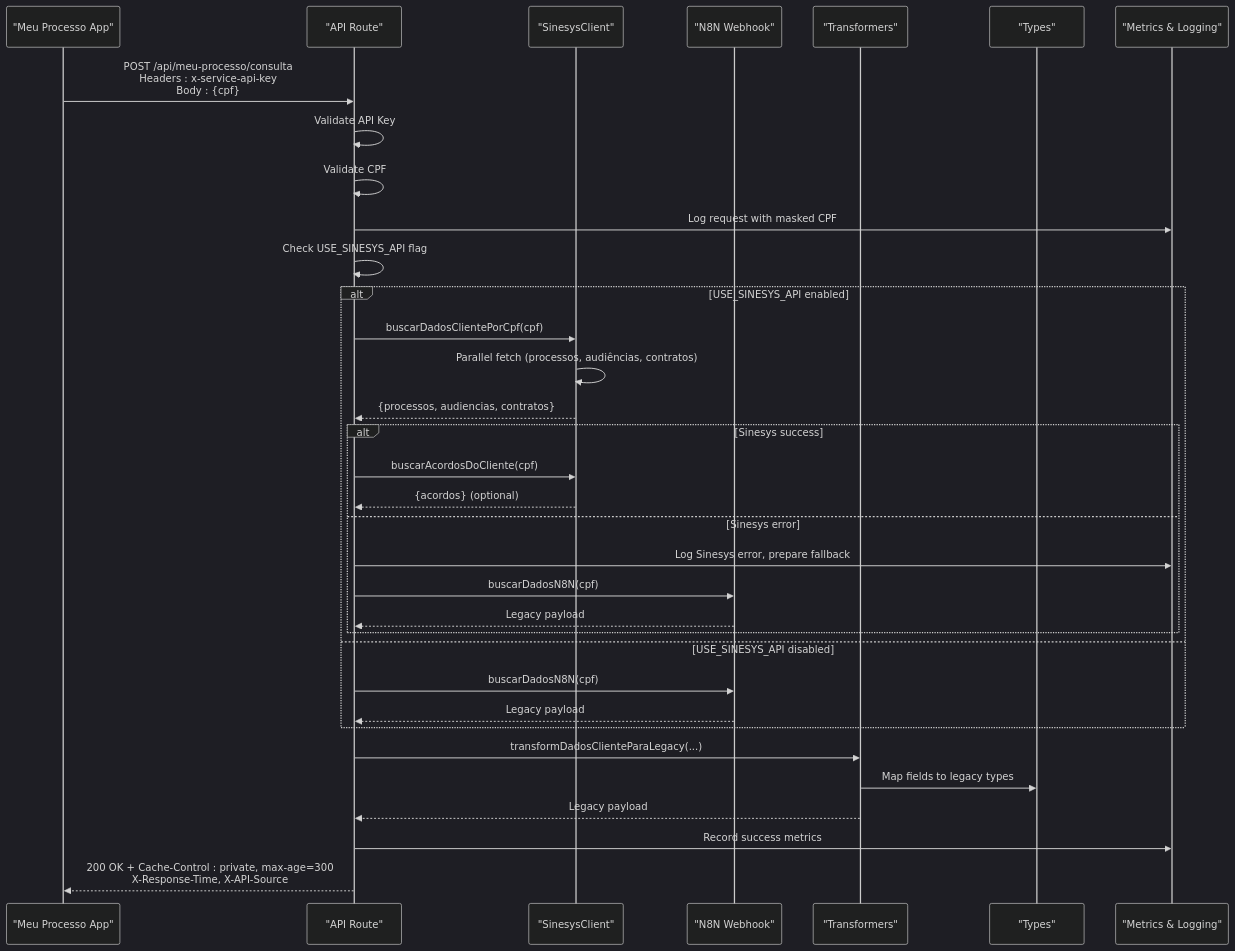
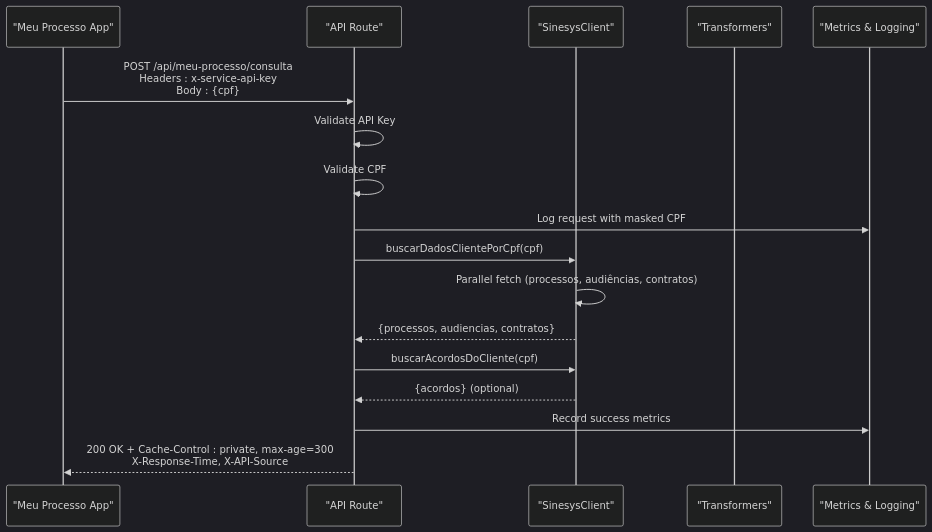
One commit to SinesysTech/zattar-os changed the second of 4 diagrams in .qoder/repowiki/en/content/API Reference/Data Capture Endpoints/Meu Processo Consulta Endpoint.md. Above: the diagram before and after it, drawn with Mermaid (dark theme). The commit also changed other lines of this file and 13 other files, not shown here.

First line of the commit message:
refactor(api-meu-processo): simplificar consulta removendo fallback do webhook N8N

````diff
--- a/.qoder/repowiki/en/content/API Reference/Data Capture Endpoints/Meu Processo Consulta Endpoint.md
+++ b/.qoder/repowiki/en/content/API Reference/Data Capture Endpoints/Meu Processo Consulta Endpoint.md
@@ -105,36 +91,19 @@
 ```mermaid
 sequenceDiagram
 participant Client as "Meu Processo App"
 participant Route as "API Route"
 participant SClient as "SinesysClient"
-participant N8N as "N8N Webhook"
 participant Trans as "Transformers"
-participant Types as "Types"
 participant Metrics as "Metrics & Logging"
 Client->>Route : POST /api/meu-processo/consulta<br/>Headers : x-service-api-key<br/>Body : {cpf}
 Route->>Route : Validate API Key
 Route->>Route : Validate CPF
 Route->>Metrics : Log request with masked CPF
-Route->>Route : Check USE_SINESYS_API flag
-alt USE_SINESYS_API enabled
 Route->>SClient : buscarDadosClientePorCpf(cpf)
 SClient->>SClient : Parallel fetch (processos, audiências, contratos)
 SClient-->>Route : {processos, audiencias, contratos}
-alt Sinesys success
 Route->>SClient : buscarAcordosDoCliente(cpf)
 SClient-->>Route : {acordos} (optional)
-else Sinesys error
-Route->>Metrics : Log Sinesys error, prepare fallback
-Route->>N8N : buscarDadosN8N(cpf)
-N8N-->>Route : Legacy payload
-end
-else USE_SINESYS_API disabled
-Route->>N8N : buscarDadosN8N(cpf)
-N8N-->>Route : Legacy payload
-end
-Route->>Trans : transformDadosClienteParaLegacy(...)
-Trans->>Types : Map fields to legacy types
-Trans-->>Route : Legacy payload
 Route->>Metrics : Record success metrics
 Route-->>Client : 200 OK + Cache-Control : private, max-age=300<br/>X-Response-Time, X-API-Source
 ```
````
